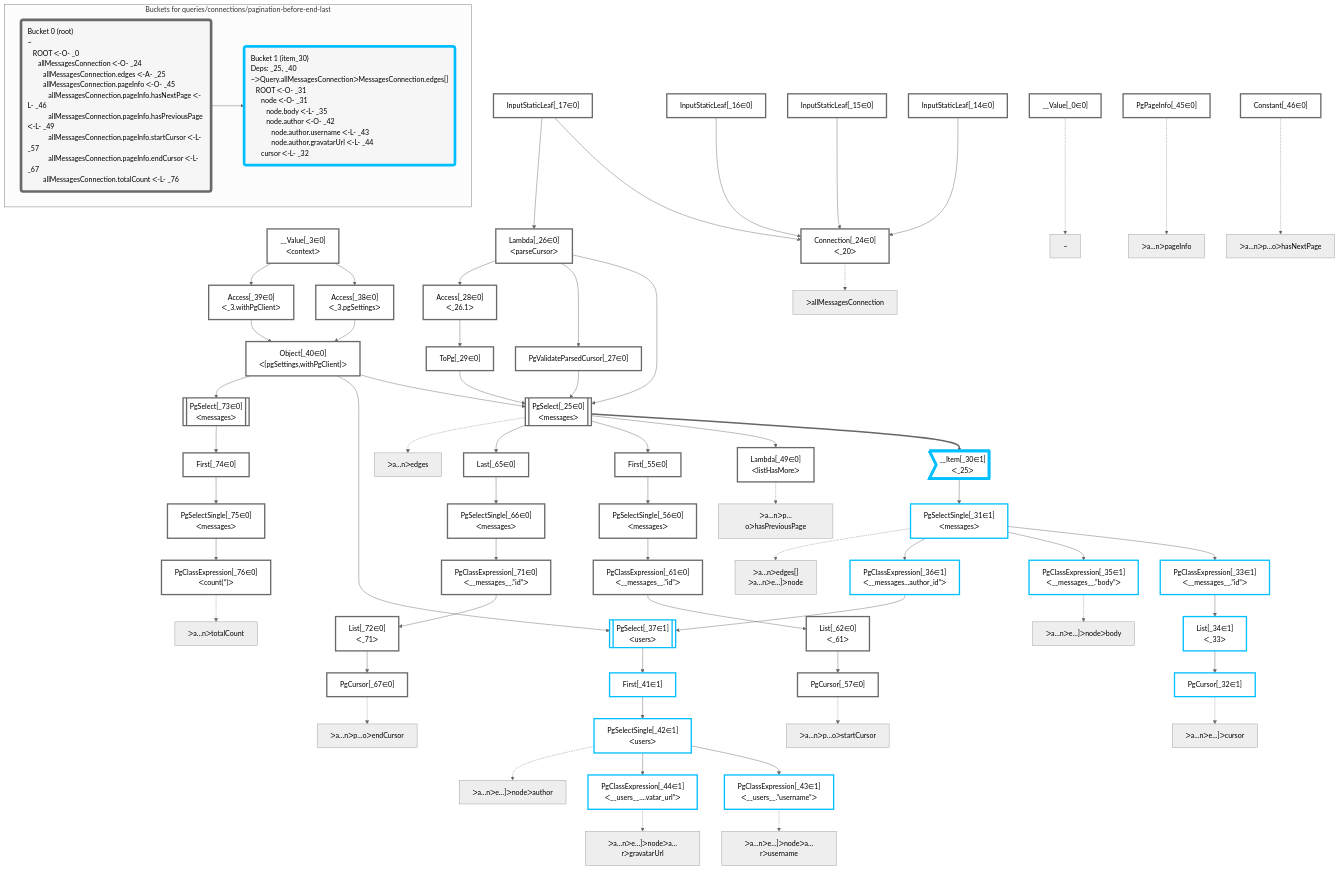
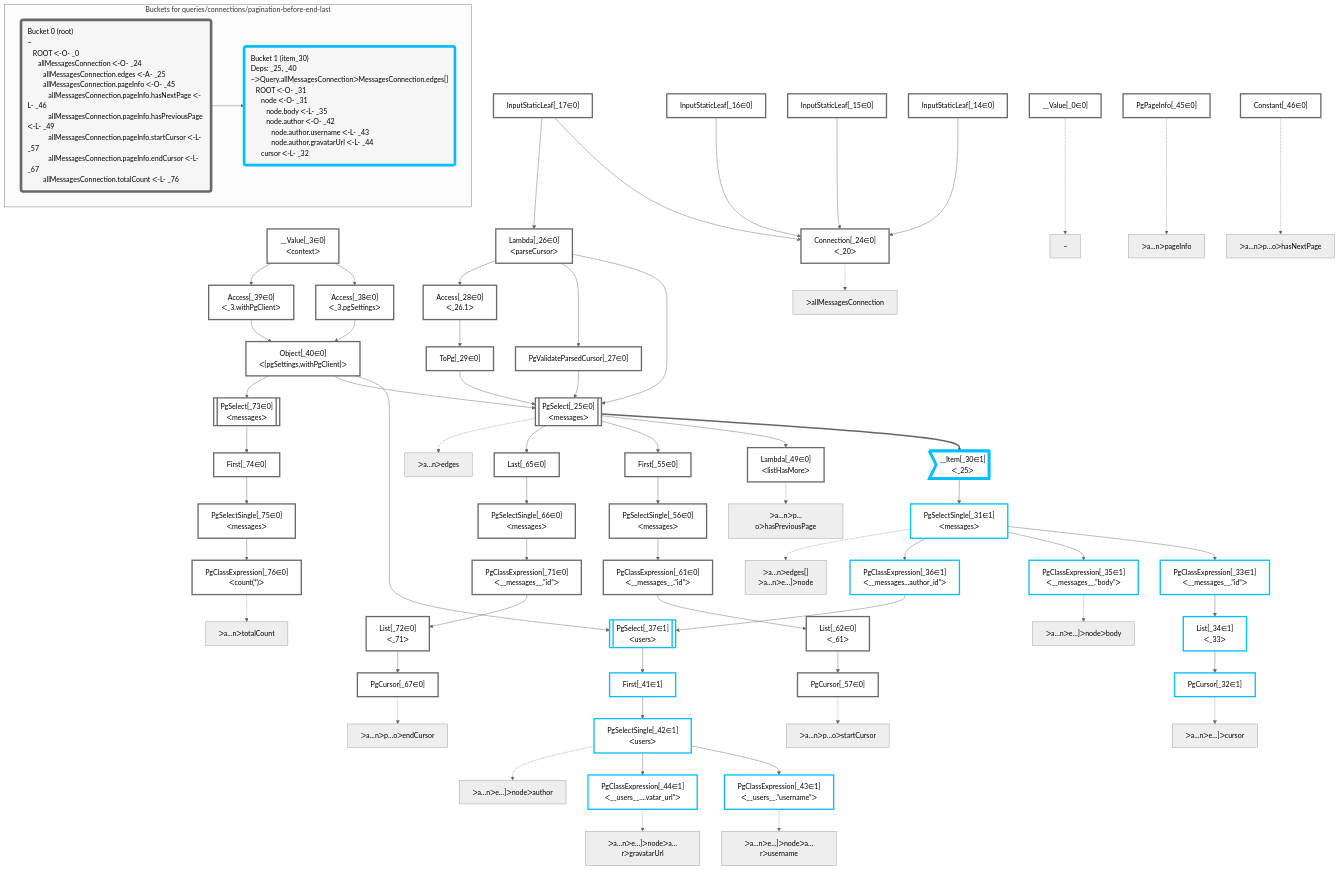
The diagram in packages/dataplan-pg/__tests__/queries/connections/pagination-before-end-last.deopt.mermaid.md (graphile/crystal), drawn with Mermaid (neutral theme) before and after one commit. The commit also changed other lines of this file and 195 other files, not shown here.

```diff
--- a/packages/dataplan-pg/__tests__/queries/connections/pagination-before-end-last.deopt.mermaid.md
+++ b/packages/dataplan-pg/__tests__/queries/connections/pagination-before-end-last.deopt.mermaid.md
@@ -9,87 +9,87 @@
 
     %% define plans
     __Value_0["__Value[_0∈0]"]:::plan
+    PgCursor_32["PgCursor[_32∈1]"]:::plan
+    List_34["List[_34∈1]<br />ᐸ_33ᐳ"]:::plan
+    PgClassExpression_33["PgClassExpression[_33∈1]<br />ᐸ__messages__.”id”ᐳ"]:::plan
+    PgClassExpression_35["PgClassExpression[_35∈1]<br />ᐸ__messages__.”body”ᐳ"]:::plan
+    PgClassExpression_43["PgClassExpression[_43∈1]<br />ᐸ__users__.”username”ᐳ"]:::plan
+    PgClassExpression_44["PgClassExpression[_44∈1]<br />ᐸ__users__....vatar_url”ᐳ"]:::plan
+    PgSelectSingle_42["PgSelectSingle[_42∈1]<br />ᐸusersᐳ"]:::plan
+    First_41["First[_41∈1]"]:::plan
+    PgSelect_37[["PgSelect[_37∈1]<br />ᐸusersᐳ"]]:::plan
+    PgClassExpression_36["PgClassExpression[_36∈1]<br />ᐸ__messages...author_id”ᐳ"]:::plan
+    PgSelectSingle_31["PgSelectSingle[_31∈1]<br />ᐸmessagesᐳ"]:::plan
+    __Item_30>"__Item[_30∈1]<br />ᐸ_25ᐳ"]:::itemplan
+    Lambda_49["Lambda[_49∈0]<br />ᐸlistHasMoreᐳ"]:::plan
+    PgCursor_57["PgCursor[_57∈0]"]:::plan
+    List_62["List[_62∈0]<br />ᐸ_61ᐳ"]:::plan
+    PgClassExpression_61["PgClassExpression[_61∈0]<br />ᐸ__messages__.”id”ᐳ"]:::plan
+    PgSelectSingle_56["PgSelectSingle[_56∈0]<br />ᐸmessagesᐳ"]:::plan
+    First_55["First[_55∈0]"]:::plan
+    PgCursor_67["PgCursor[_67∈0]"]:::plan
+    List_72["List[_72∈0]<br />ᐸ_71ᐳ"]:::plan
+    PgClassExpression_71["PgClassExpression[_71∈0]<br />ᐸ__messages__.”id”ᐳ"]:::plan
+    PgSelectSingle_66["PgSelectSingle[_66∈0]<br />ᐸmessagesᐳ"]:::plan
+    Last_65["Last[_65∈0]"]:::plan
+    PgSelect_25[["PgSelect[_25∈0]<br />ᐸmessagesᐳ"]]:::plan
+    PgClassExpression_76["PgClassExpression[_76∈0]<br />ᐸcount(*)ᐳ"]:::plan
+    PgSelectSingle_75["PgSelectSingle[_75∈0]<br />ᐸmessagesᐳ"]:::plan
+    First_74["First[_74∈0]"]:::plan
+    PgSelect_73[["PgSelect[_73∈0]<br />ᐸmessagesᐳ"]]:::plan
+    Object_40["Object[_40∈0]<br />ᐸ{pgSettings,withPgClient}ᐳ"]:::plan
+    Access_38["Access[_38∈0]<br />ᐸ_3.pgSettingsᐳ"]:::plan
+    Access_39["Access[_39∈0]<br />ᐸ_3.withPgClientᐳ"]:::plan
     __Value_3["__Value[_3∈0]<br />ᐸcontextᐳ"]:::plan
+    Connection_24["Connection[_24∈0]<br />ᐸ_20ᐳ"]:::plan
     InputStaticLeaf_14["InputStaticLeaf[_14∈0]"]:::plan
     InputStaticLeaf_15["InputStaticLeaf[_15∈0]"]:::plan
     InputStaticLeaf_16["InputStaticLeaf[_16∈0]"]:::plan
+    PgValidateParsedCursor_27["PgValidateParsedCursor[_27∈0]"]:::plan
+    ToPg_29["ToPg[_29∈0]"]:::plan
+    Access_28["Access[_28∈0]<br />ᐸ_26.1ᐳ"]:::plan
+    Lambda_26["Lambda[_26∈0]<br />ᐸparseCursorᐳ"]:::plan
     InputStaticLeaf_17["InputStaticLeaf[_17∈0]"]:::plan
-    Connection_24["Connection[_24∈0]<br />ᐸ_20ᐳ"]:::plan
-    PgSelect_25[["PgSelect[_25∈0]<br />ᐸmessagesᐳ"]]:::plan
-    Lambda_26["Lambda[_26∈0]<br />ᐸparseCursorᐳ"]:::plan
-    PgValidateParsedCursor_27["PgValidateParsedCursor[_27∈0]"]:::plan
-    Access_28["Access[_28∈0]<br />ᐸ_26.1ᐳ"]:::plan
-    ToPg_29["ToPg[_29∈0]"]:::plan
-    __Item_30>"__Item[_30∈1]<br />ᐸ_25ᐳ"]:::itemplan
-    PgSelectSingle_31["PgSelectSingle[_31∈1]<br />ᐸmessagesᐳ"]:::plan
-    PgCursor_32["PgCursor[_32∈1]"]:::plan
-    PgClassExpression_33["PgClassExpression[_33∈1]<br />ᐸ__messages__.”id”ᐳ"]:::plan
-    List_34["List[_34∈1]<br />ᐸ_33ᐳ"]:::plan
-    PgClassExpression_35["PgClassExpression[_35∈1]<br />ᐸ__messages__.”body”ᐳ"]:::plan
-    PgClassExpression_36["PgClassExpression[_36∈1]<br />ᐸ__messages...author_id”ᐳ"]:::plan
-    PgSelect_37[["PgSelect[_37∈1]<br />ᐸusersᐳ"]]:::plan
-    Access_38["Access[_38∈0]<br />ᐸ_3.pgSettingsᐳ"]:::plan
-    Access_39["Access[_39∈0]<br />ᐸ_3.withPgClientᐳ"]:::plan
-    Object_40["Object[_40∈0]<br />ᐸ{pgSettings,withPgClient}ᐳ"]:::plan
-    First_41["First[_41∈1]"]:::plan
-    PgSelectSingle_42["PgSelectSingle[_42∈1]<br />ᐸusersᐳ"]:::plan
-    PgClassExpression_43["PgClassExpression[_43∈1]<br />ᐸ__users__.”username”ᐳ"]:::plan
-    PgClassExpression_44["PgClassExpression[_44∈1]<br />ᐸ__users__....vatar_url”ᐳ"]:::plan
     PgPageInfo_45["PgPageInfo[_45∈0]"]:::plan
     Constant_46["Constant[_46∈0]"]:::plan
-    Lambda_49["Lambda[_49∈0]<br />ᐸlistHasMoreᐳ"]:::plan
-    First_55["First[_55∈0]"]:::plan
-    PgSelectSingle_56["PgSelectSingle[_56∈0]<br />ᐸmessagesᐳ"]:::plan
-    PgCursor_57["PgCursor[_57∈0]"]:::plan
-    PgClassExpression_61["PgClassExpression[_61∈0]<br />ᐸ__messages__.”id”ᐳ"]:::plan
-    List_62["List[_62∈0]<br />ᐸ_61ᐳ"]:::plan
-    Last_65["Last[_65∈0]"]:::plan
-    PgSelectSingle_66["PgSelectSingle[_66∈0]<br />ᐸmessagesᐳ"]:::plan
-    PgCursor_67["PgCursor[_67∈0]"]:::plan
-    PgClassExpression_71["PgClassExpression[_71∈0]<br />ᐸ__messages__.”id”ᐳ"]:::plan
-    List_72["List[_72∈0]<br />ᐸ_71ᐳ"]:::plan
-    PgSelect_73[["PgSelect[_73∈0]<br />ᐸmessagesᐳ"]]:::plan
-    First_74["First[_74∈0]"]:::plan
-    PgSelectSingle_75["PgSelectSingle[_75∈0]<br />ᐸmessagesᐳ"]:::plan
-    PgClassExpression_76["PgClassExpression[_76∈0]<br />ᐸcount(*)ᐳ"]:::plan
 
     %% plan dependencies
-    InputStaticLeaf_14 & InputStaticLeaf_15 & InputStaticLeaf_16 & InputStaticLeaf_17 --> Connection_24
+    List_34 --> PgCursor_32
+    PgClassExpression_33 --> List_34
+    PgSelectSingle_31 --> PgClassExpression_33
+    PgSelectSingle_31 --> PgClassExpression_35
+    PgSelectSingle_42 --> PgClassExpression_43
+    PgSelectSingle_42 --> PgClassExpression_44
+    First_41 --> PgSelectSingle_42
+    PgSelect_37 --> First_41
+    Object_40 & PgClassExpression_36 --> PgSelect_37
+    PgSelectSingle_31 --> PgClassExpression_36
+    __Item_30 --> PgSelectSingle_31
+    PgSelect_25 ==> __Item_30
+    PgSelect_25 --> Lambda_49
+    List_62 --> PgCursor_57
+    PgClassExpression_61 --> List_62
+    PgSelectSingle_56 --> PgClassExpression_61
+    First_55 --> PgSelectSingle_56
+    PgSelect_25 --> First_55
+    List_72 --> PgCursor_67
+    PgClassExpression_71 --> List_72
+    PgSelectSingle_66 --> PgClassExpression_71
+    Last_65 --> PgSelectSingle_66
+    PgSelect_25 --> Last_65
     Object_40 & Lambda_26 & PgValidateParsedCursor_27 & ToPg_29 --> PgSelect_25
-    InputStaticLeaf_17 --> Lambda_26
-    Lambda_26 --> PgValidateParsedCursor_27
-    Lambda_26 --> Access_28
-    Access_28 --> ToPg_29
-    PgSelect_25 ==> __Item_30
-    __Item_30 --> PgSelectSingle_31
-    List_34 --> PgCursor_32
-    PgSelectSingle_31 --> PgClassExpression_33
-    PgClassExpression_33 --> List_34
-    PgSelectSingle_31 --> PgClassExpression_35
-    PgSelectSingle_31 --> PgClassExpression_36
-    Object_40 & PgClassExpression_36 --> PgSelect_37
+    PgSelectSingle_75 --> PgClassExpression_76
+    First_74 --> PgSelectSingle_75
+    PgSelect_73 --> First_74
+    Object_40 --> PgSelect_73
+    Access_38 & Access_39 --> Object_40
     __Value_3 --> Access_38
     __Value_3 --> Access_39
-    Access_38 & Access_39 --> Object_40
-    PgSelect_37 --> First_41
-    First_41 --> PgSelectSingle_42
-    PgSelectSingle_42 --> PgClassExpression_43
-    PgSelectSingle_42 --> PgClassExpression_44
-    PgSelect_25 --> Lambda_49
-    PgSelect_25 --> First_55
-    First_55 --> PgSelectSingle_56
-    List_62 --> PgCursor_57
-    PgSelectSingle_56 --> PgClassExpression_61
-    PgClassExpression_61 --> List_62
-    PgSelect_25 --> Last_65
-    Last_65 --> PgSelectSingle_66
-    List_72 --> PgCursor_67
-    PgSelectSingle_66 --> PgClassExpression_71
-    PgClassExpression_71 --> List_72
-    Object_40 --> PgSelect_73
-    PgSelect_73 --> First_74
-    First_74 --> PgSelectSingle_75
-    PgSelectSingle_75 --> PgClassExpression_76
+    InputStaticLeaf_14 & InputStaticLeaf_15 & InputStaticLeaf_16 & InputStaticLeaf_17 --> Connection_24
+    Lambda_26 --> PgValidateParsedCursor_27
+    Access_28 --> ToPg_29
+    Lambda_26 --> Access_28
+    InputStaticLeaf_17 --> Lambda_26
 
     %% plan-to-path relationships
     P_0["~"]
```
